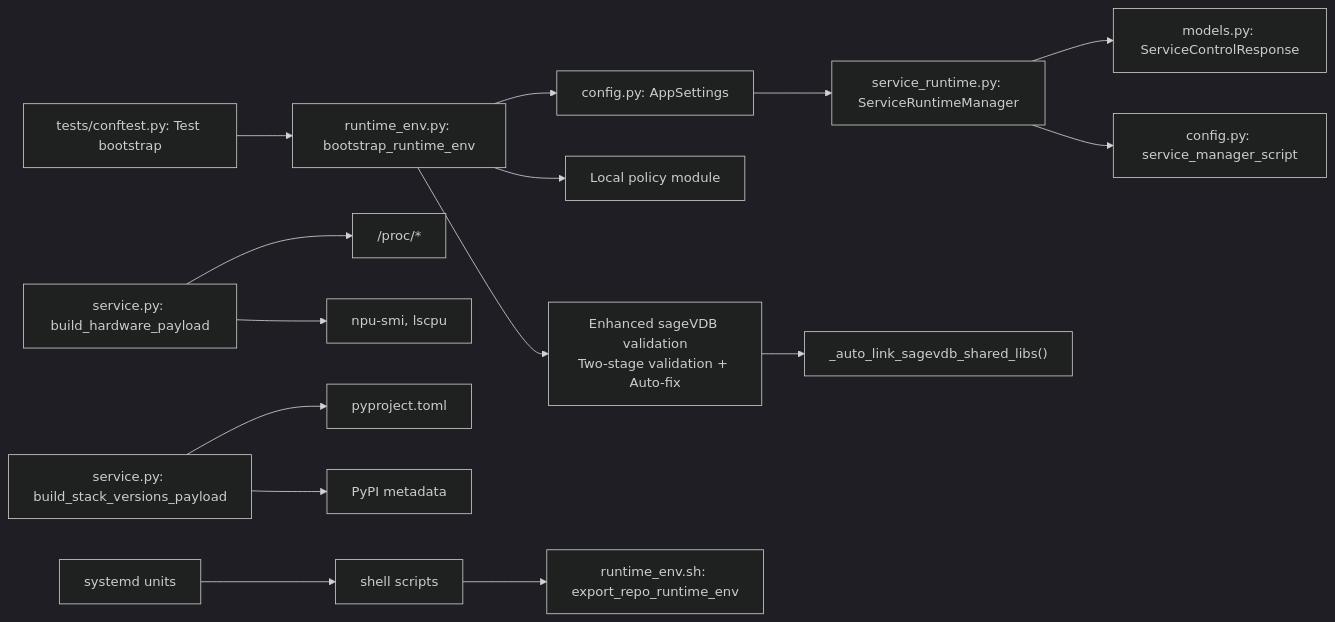
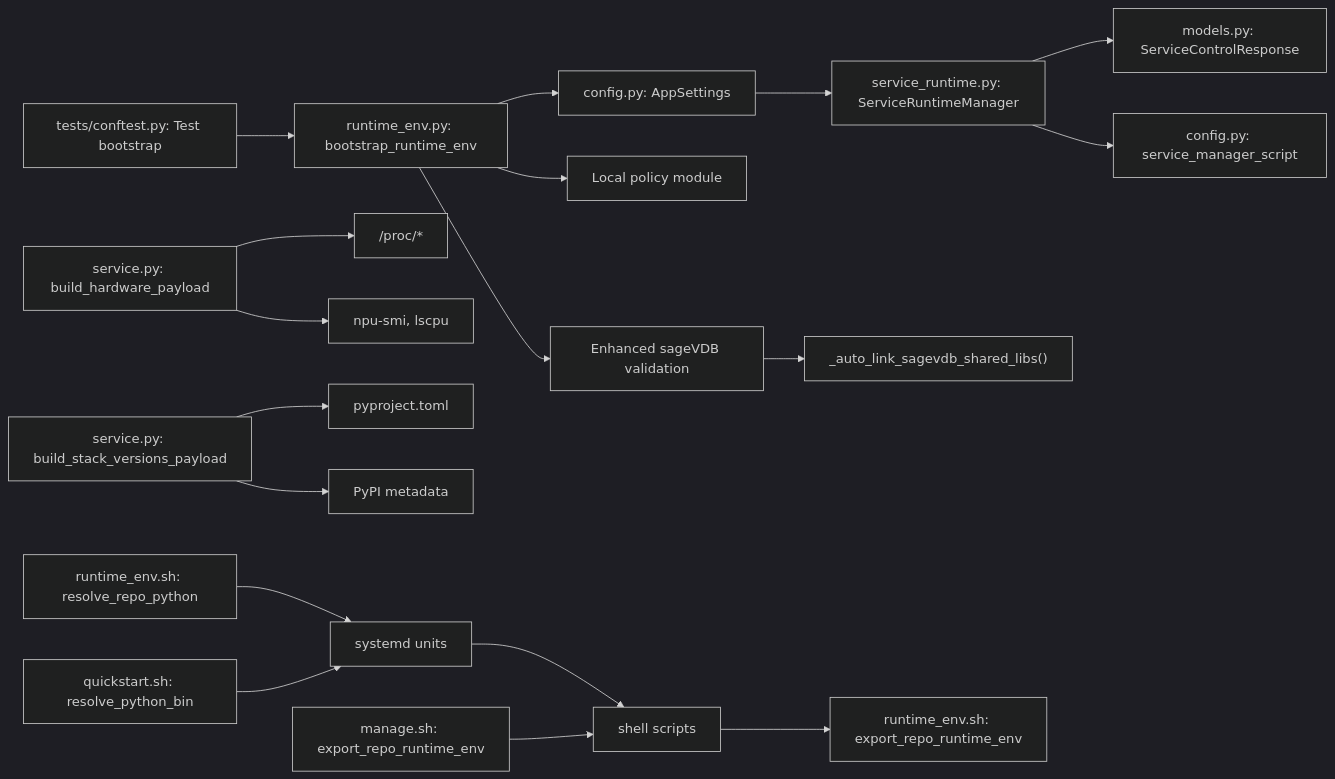
Before and after one commit to intellistream/sage-mate: the sixth of 6 diagrams in .qoder/repowiki/en/content/Core Components/Runtime Environment.md, drawn with Mermaid (dark theme). The commit also changed other lines of this file and 136 other files, not shown here.

First line of the commit message:
chore: source updates, bidirectional link graph, data and repowiki refresh

````diff
--- a/.qoder/repowiki/en/content/Core Components/Runtime Environment.md
+++ b/.qoder/repowiki/en/content/Core Components/Runtime Environment.md
@@ -380,17 +379,20 @@
 ```mermaid
 graph LR
 Config["config.py: AppSettings"] --> RuntimeMgr["service_runtime.py: ServiceRuntimeManager"]
 RuntimeMgr --> Models["models.py: ServiceControlResponse"]
 RuntimeMgr --> SettingsScript["config.py: service_manager_script"]
 Boot["runtime_env.py: bootstrap_runtime_env"] --> Config
 Boot --> Policy["Local policy module"]
-Boot --> SageVDB["Enhanced sageVDB validation<br/>Two-stage validation + Auto-fix"]
+Boot --> SageVDB["Enhanced sageVDB validation"]
 SageVDB --> AutoLink["_auto_link_sagevdb_shared_libs()"]
 Tests["tests/conftest.py: Test bootstrap"] --> Boot
 HW["service.py: build_hardware_payload"] --> Proc["/proc/*"]
 HW --> Tools["npu-smi, lscpu"]
 Versions["service.py: build_stack_versions_payload"] --> PyProj["pyproject.toml"]
 Versions --> PyPI["PyPI metadata"]
 Units["systemd units"] --> Scripts["shell scripts"]
 Scripts --> Env["runtime_env.sh: export_repo_runtime_env"]
+Interpreter["runtime_env.sh: resolve_repo_python"] --> Units
+Quickstart["quickstart.sh: resolve_python_bin"] --> Units
+Manage["manage.sh: export_repo_runtime_env"] --> Scripts
 ```
````
